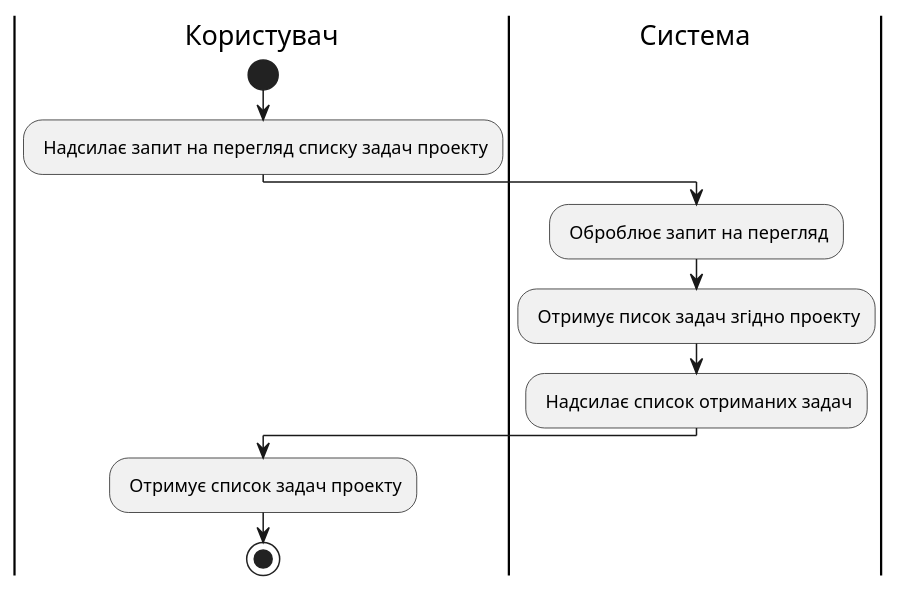
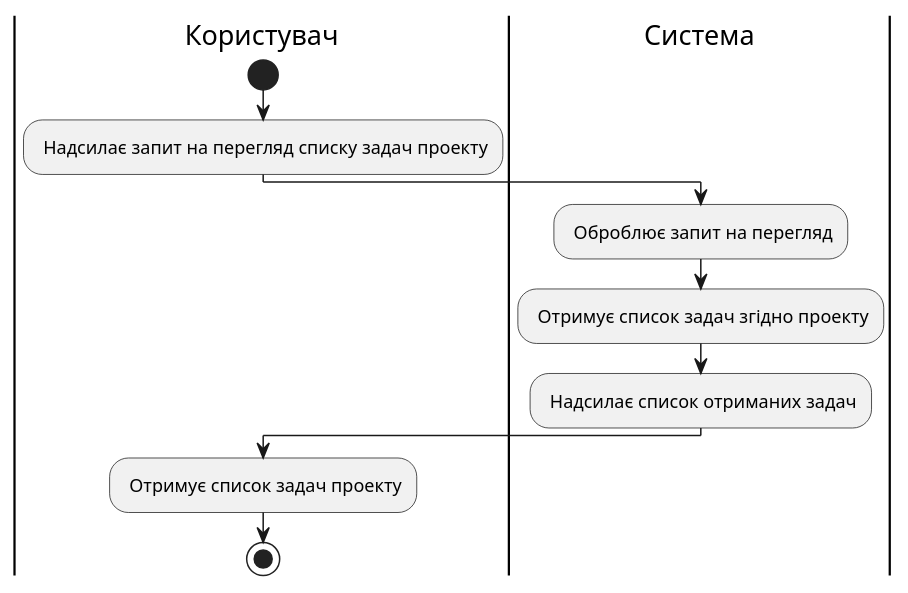
Before and after one commit to boldak/database_basics_template: the diagram in docs/use cases/seeListOfTask.puml, drawn with PlantUML. The commit also changed 3 other files, not shown here.

```diff
--- a/docs/use cases/seeListOfTask.puml
+++ b/docs/use cases/seeListOfTask.puml
@@ -1,19 +1,19 @@
 @startuml
 
     |Користувач|
         start
         
         : Надсилає запит на перегляд списку задач проекту;
         
     |Система|
         
         : Оброблює запит на перегляд;
-        : Отримує писок задач згідно проекту;
+        : Отримує список задач згідно проекту;
         : Надсилає список отриманих задач;
         
     |Користувач|
     
         : Отримує список задач проекту;
         stop;
 
 @enduml
```
